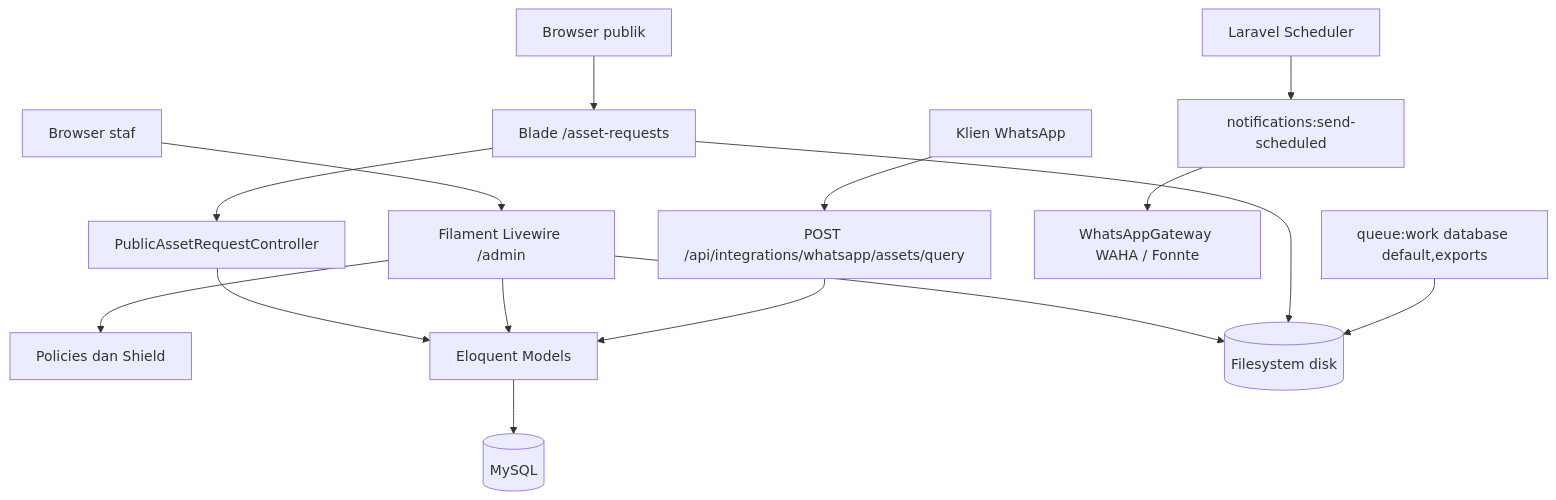
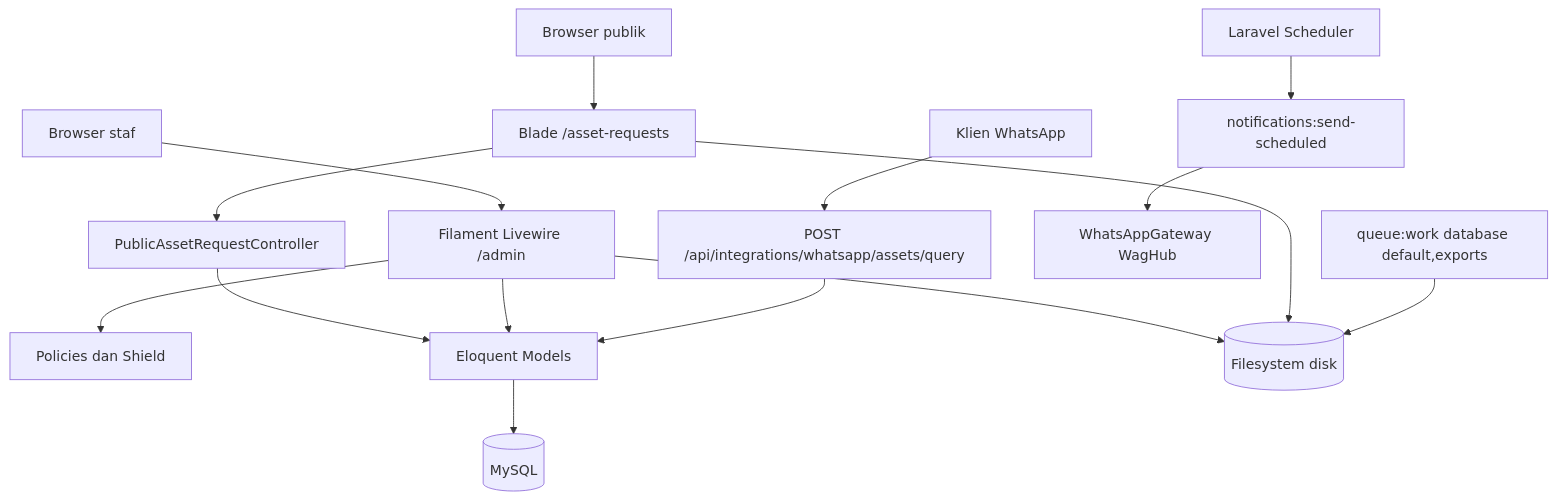
One commit to oceanspacedev/shelf-web changed the second of 2 diagrams in README.md. Above: the diagram before and after it, drawn with Mermaid. The commit also changed other lines of this file and 41 other files, not shown here.

First line of the commit message:
Align Laravel 12 stack, observability, WhatsApp, and MySQL defaults

````diff
--- a/README.md
+++ b/README.md
@@ -184,17 +184,17 @@
 ```mermaid
 flowchart TB
     Publik[Browser publik] --> Form[Blade /asset-requests]
     Staf[Browser staf] --> Filament[Filament Livewire /admin]
     Form --> PublicCtrl[PublicAssetRequestController]
     Filament --> Policies[Policies dan Shield]
     Scheduler[Laravel Scheduler] --> Notif[notifications:send-scheduled]
     WAClient[Klien WhatsApp] --> Query["POST /api/integrations/whatsapp/assets/query"]
     PublicCtrl --> Models[Eloquent Models]
     Filament --> Models
     Query --> Models
-    Notif --> WA[WhatsAppGateway WAHA / Fonnte]
+    Notif --> WA[WhatsAppGateway WagHub]
     Models --> DB[(MySQL)]
     Filament --> Files[(Filesystem disk)]
     Form --> Files
     Worker["queue:work database default,exports"] --> Files
 ```
````
